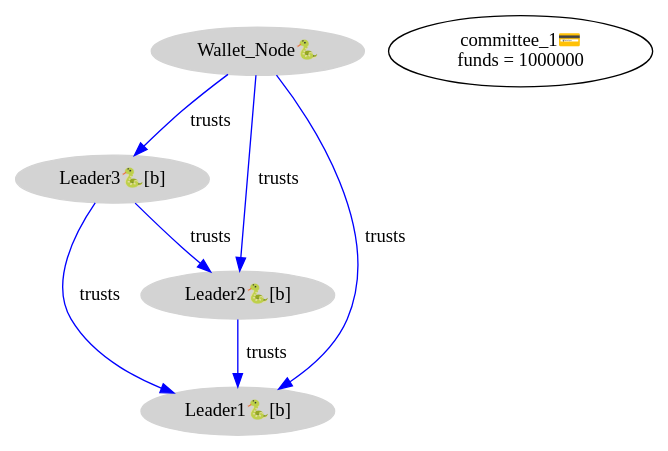
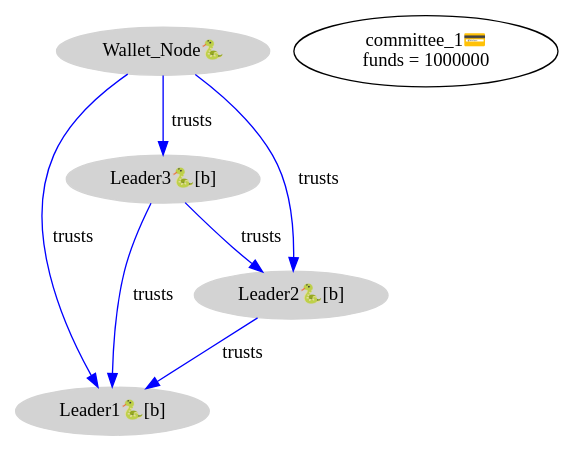
Before and after one commit to input-output-hk/catalyst-core: the diagram in src/vit-testing/vitup/initial_setup.dot, drawn with Graphviz. The commit also changed other lines of this file and 7 other files, not shown here.

```diff
--- a/src/vit-testing/vitup/initial_setup.dot
+++ b/src/vit-testing/vitup/initial_setup.dot
@@ -1,17 +1,17 @@
 digraph protocol {
   subgraph nodes {
     node [ style = filled; color = lightgrey ];
 
+    "Leader1🐍[b]"
     "Wallet_Node🐍"
     "Wallet_Node🐍" -> "Leader3🐍[b]" [ label = "trusts" ; color = blue ]
     "Wallet_Node🐍" -> "Leader2🐍[b]" [ label = "trusts" ; color = blue ]
     "Wallet_Node🐍" -> "Leader1🐍[b]" [ label = "trusts" ; color = blue ]
     "Leader3🐍[b]"
     "Leader3🐍[b]" -> "Leader2🐍[b]" [ label = "trusts" ; color = blue ]
     "Leader3🐍[b]" -> "Leader1🐍[b]" [ label = "trusts" ; color = blue ]
-    "Leader1🐍[b]"
     "Leader2🐍[b]"
     "Leader2🐍[b]" -> "Leader1🐍[b]" [ label = "trusts" ; color = blue ]
   }
   "committee_1💳\nfunds = 1000000"
 }
```
